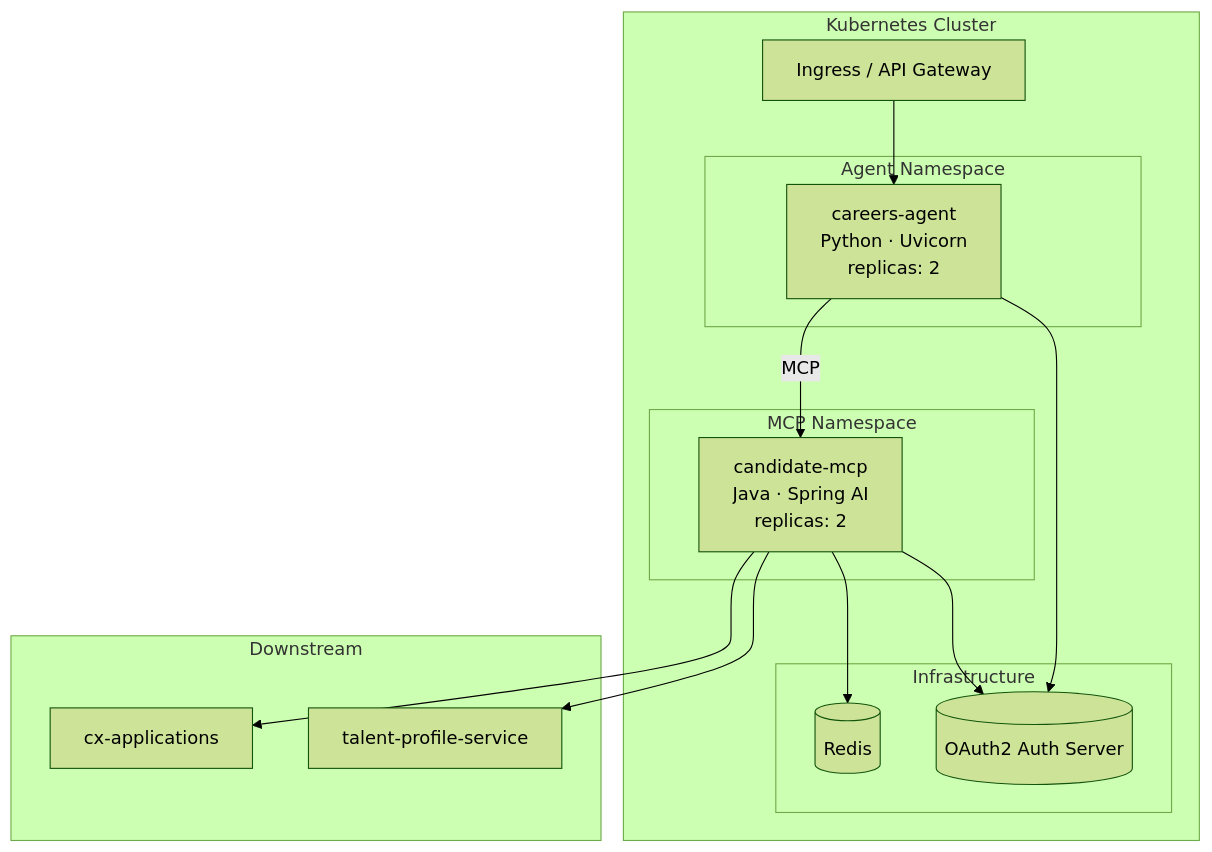
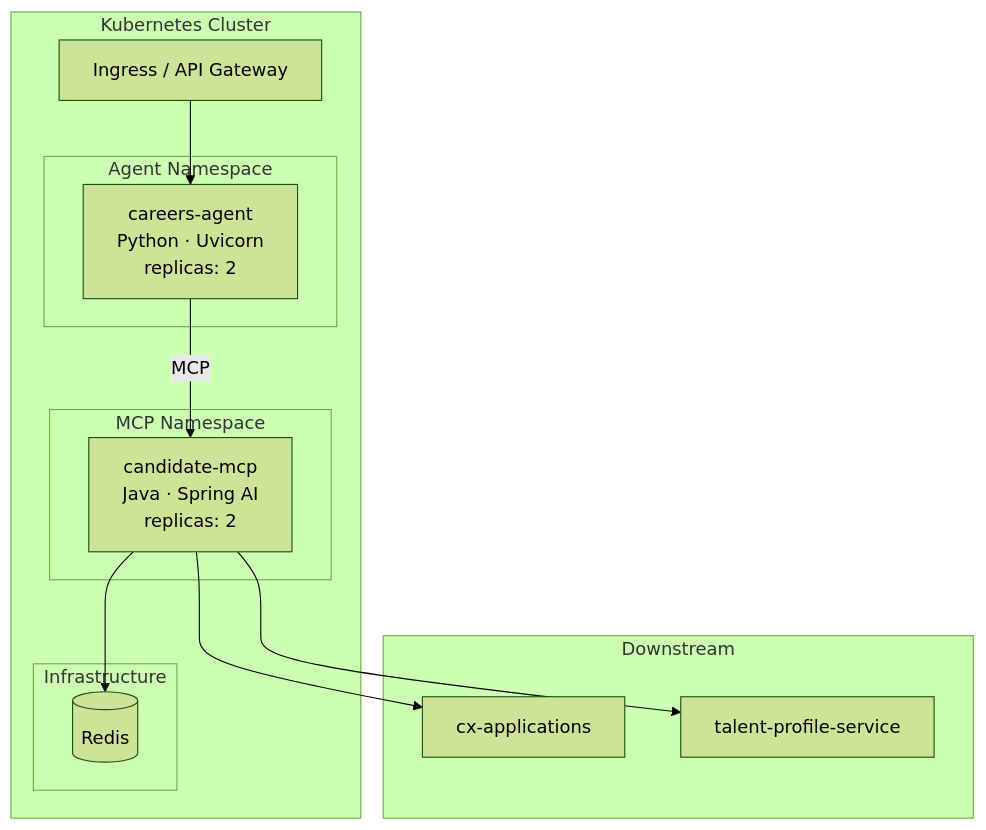
Diagram 33 of 33 in docs/post-apply-assistant-lld-v1.md (venkat-raman17/candidate-agent), drawn with Mermaid (forest theme) before and after one commit. The commit also changed other lines of this file and 1 other file, not shown here.

````diff
--- a/docs/post-apply-assistant-lld-v1.md
+++ b/docs/post-apply-assistant-lld-v1.md
@@ -1573,32 +1573,30 @@
 ```mermaid
 flowchart TD
     subgraph "Kubernetes Cluster"
         subgraph "Agent Namespace"
             AGT["careers-agent\nPython · Uvicorn\nreplicas: 2"]
         end
 
         subgraph "MCP Namespace"
             CMCP["candidate-mcp\nJava · Spring AI\nreplicas: 2"]
         end
 
         subgraph "Infrastructure"
             REDIS[("Redis")]
-            AUTH[("OAuth2 Auth Server")]
         end
 
         INGRESS["Ingress / API Gateway"]
     end
 
     subgraph "Downstream"
         CXA["cx-applications"]
         TPS["talent-profile-service"]
     end
 
     INGRESS --> AGT
     AGT -->|"MCP"| CMCP
     CMCP --> REDIS
     CMCP --> CXA
     CMCP --> TPS
-    AGT --> AUTH
-    CMCP --> AUTH
+
 ```
````
